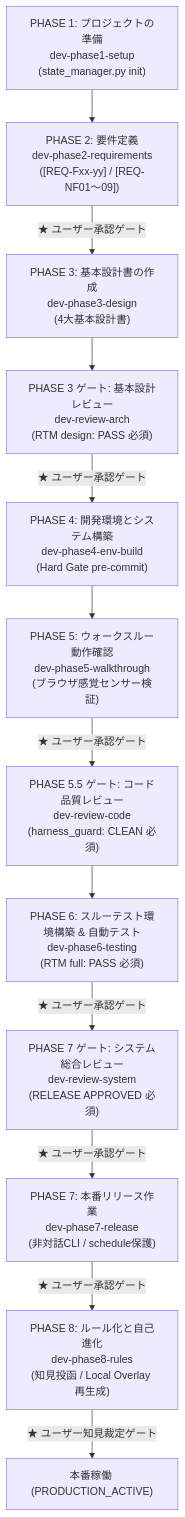
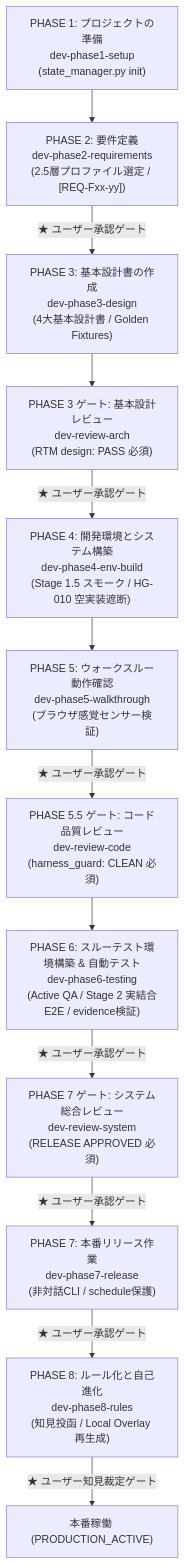
The second of 3 diagrams in README.md (LeoPanda/template), drawn with Mermaid before and after one commit. The commit also changed other lines of this file and 66 other files, not shown here.

````diff
--- a/README.md
+++ b/README.md
@@ -249,15 +256,15 @@
 ```mermaid
 flowchart TD
-    P1["PHASE 1: プロジェクトの準備<br/>dev-phase1-setup<br/>(state_manager.py init)"] --> P2["PHASE 2: 要件定義<br/>dev-phase2-requirements<br/>([REQ-Fxx-yy] / [REQ-NF01〜09])"]
-    P2 -->|"★ ユーザー承認ゲート"| P3["PHASE 3: 基本設計書の作成<br/>dev-phase3-design<br/>(4大基本設計書)"]
+    P1["PHASE 1: プロジェクトの準備<br/>dev-phase1-setup<br/>(state_manager.py init)"] --> P2["PHASE 2: 要件定義<br/>dev-phase2-requirements<br/>(2.5層プロファイル選定 / [REQ-Fxx-yy])"]
+    P2 -->|"★ ユーザー承認ゲート"| P3["PHASE 3: 基本設計書の作成<br/>dev-phase3-design<br/>(4大基本設計書 / Golden Fixtures)"]
     P3 --> R3["PHASE 3 ゲート: 基本設計レビュー<br/>dev-review-arch<br/>(RTM design: PASS 必須)"]
-    R3 -->|"★ ユーザー承認ゲート"| P4["PHASE 4: 開発環境とシステム構築<br/>dev-phase4-env-build<br/>(Hard Gate pre-commit)"]
+    R3 -->|"★ ユーザー承認ゲート"| P4["PHASE 4: 開発環境とシステム構築<br/>dev-phase4-env-build<br/>(Stage 1.5 スモーク / HG-010 空実装遮断)"]
     P4 --> P5["PHASE 5: ウォークスルー動作確認<br/>dev-phase5-walkthrough<br/>(ブラウザ感覚センサー検証)"]
     P5 -->|"★ ユーザー承認ゲート"| R5["PHASE 5.5 ゲート: コード品質レビュー<br/>dev-review-code<br/>(harness_guard: CLEAN 必須)"]
-    R5 --> P6["PHASE 6: スルーテスト環境構築 & 自動テスト<br/>dev-phase6-testing<br/>(RTM full: PASS 必須)"]
+    R5 --> P6["PHASE 6: スルーテスト環境構築 & 自動テスト<br/>dev-phase6-testing<br/>(Active QA / Stage 2 実結合E2E / evidence検証)"]
     P6 -->|"★ ユーザー承認ゲート"| R7["PHASE 7 ゲート: システム総合レビュー<br/>dev-review-system<br/>(RELEASE APPROVED 必須)"]
     P7["PHASE 7: 本番リリース作業<br/>dev-phase7-release<br/>(非対話CLI / schedule保護)"]
     R7 -->|"★ ユーザー承認ゲート"| P7
     P7 -->|"★ ユーザー承認ゲート"| P8["PHASE 8: ルール化と自己進化<br/>dev-phase8-rules<br/>(知見投函 / Local Overlay 再生成)"]
     P8 -->|"★ ユーザー知見裁定ゲート"| ACTIVE["本番稼働 (PRODUCTION_ACTIVE)"]
 ```
````
